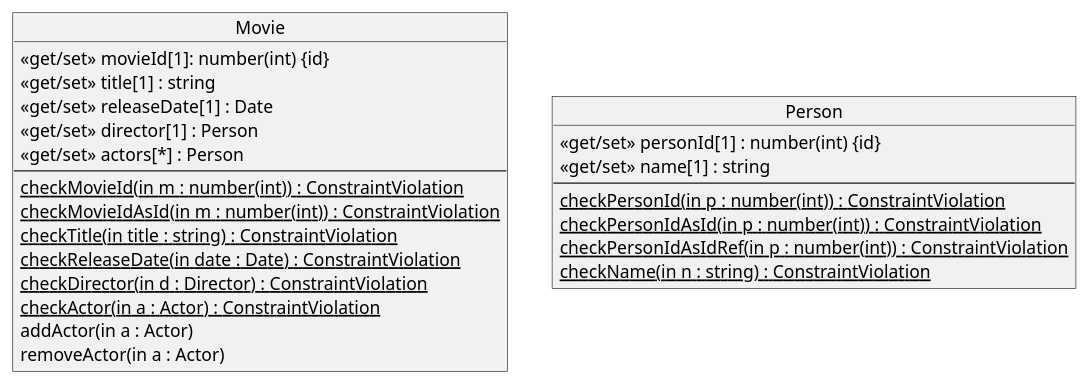
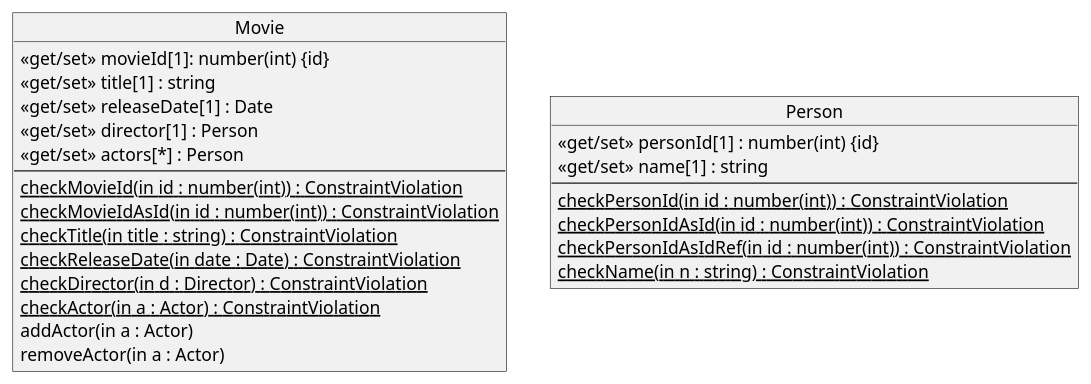
The diagram in docs/assignment4/js.puml (gmedina-de/webapp23-medina), drawn with PlantUML before and after one commit. The commit also changed 14 other files, not shown here.

```diff
--- a/docs/assignment4/js.puml
+++ b/docs/assignment4/js.puml
@@ -1,30 +1,30 @@
 @startuml js
 
 object Movie {
   <<get/set>> movieId[1]: number(int) {id}
   <<get/set>> title[1] : string
   <<get/set>> releaseDate[1] : Date
   <<get/set>> director[1] : Person
   <<get/set>> actors[*] : Person
   --
-  {static} checkMovieId(in m : number(int)) : ConstraintViolation
-  {static} checkMovieIdAsId(in m : number(int)) : ConstraintViolation
+  {static} checkMovieId(in id : number(int)) : ConstraintViolation
+  {static} checkMovieIdAsId(in id : number(int)) : ConstraintViolation
   {static} checkTitle(in title : string) : ConstraintViolation
   {static} checkReleaseDate(in date : Date) : ConstraintViolation
   {static} checkDirector(in d : Director) : ConstraintViolation
   {static} checkActor(in a : Actor) : ConstraintViolation
   addActor(in a : Actor)
   removeActor(in a : Actor)
 }
 
 object Person {
   <<get/set>> personId[1] : number(int) {id}
   <<get/set>> name[1] : string
   --
-  {static} checkPersonId(in p : number(int)) : ConstraintViolation
-  {static} checkPersonIdAsId(in p : number(int)) : ConstraintViolation
-  {static} checkPersonIdAsIdRef(in p : number(int)) : ConstraintViolation
+  {static} checkPersonId(in id : number(int)) : ConstraintViolation
+  {static} checkPersonIdAsId(in id : number(int)) : ConstraintViolation
+  {static} checkPersonIdAsIdRef(in id : number(int)) : ConstraintViolation
   {static} checkName(in n : string) : ConstraintViolation
 }
 
 @enduml
```
